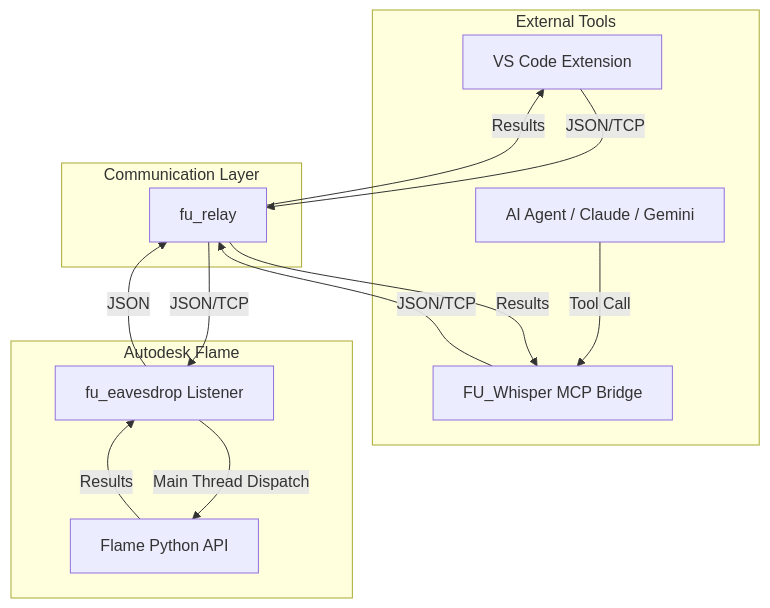
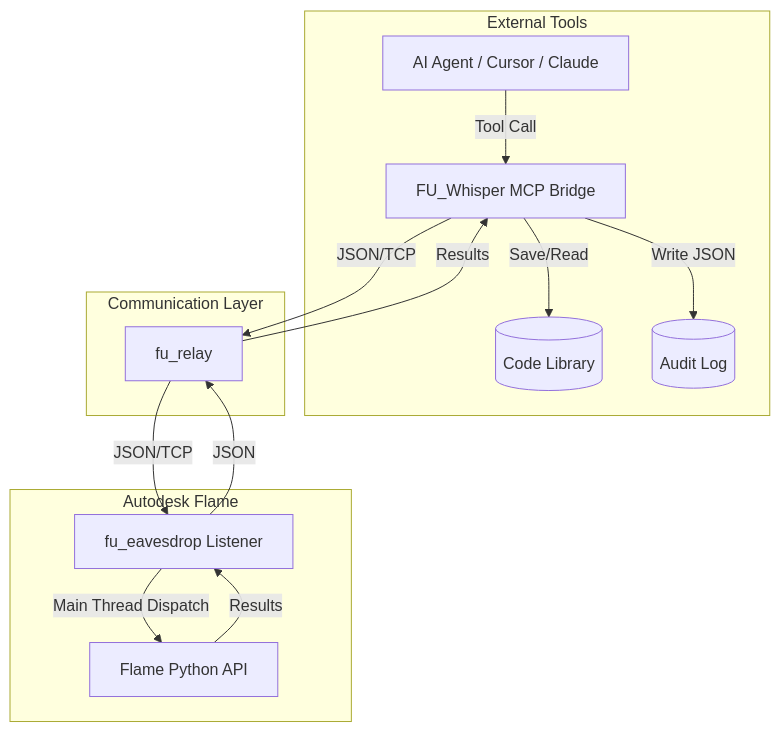
The diagram in docs/architecture.md (phil-man-git-hub/VSCODE-CONNECT-TO-FLAME), drawn with Mermaid before and after one commit. The commit also changed other lines of this file and 1 other file, not shown here.

Commit message:
docs: Update README and Architecture for new rebranding and features

````diff
--- a/docs/architecture.md
+++ b/docs/architecture.md
@@ -24,27 +26,28 @@
 ```mermaid
 graph TD
     subgraph External_Tools [External Tools]
-        Ext[VS Code Extension]
-        AI[AI Agent / Claude / Gemini]
+        AI[AI Agent / Cursor / Claude]
         Whisper[FU_Whisper MCP Bridge]
+        Lib[(Code Library)]
+        Log[(Audit Log)]
     end
     
     subgraph Communication [Communication Layer]
         Relay[fu_relay]
     end
 
     subgraph Flame_Runtime [Autodesk Flame]
         List[fu_eavesdrop Listener]
         API[Flame Python API]
     end
 
-    Ext -- JSON/TCP --> Relay
     AI -- Tool Call --> Whisper
+    Whisper -- Save/Read --> Lib
+    Whisper -- Write JSON --> Log
     Whisper -- JSON/TCP --> Relay
     Relay -- JSON/TCP --> List
     List -- Main Thread Dispatch --> API
     API -- Results --> List
     List -- JSON --> Relay
     Relay -- Results --> Whisper
-    Relay -- Results --> Ext
 ```
````
